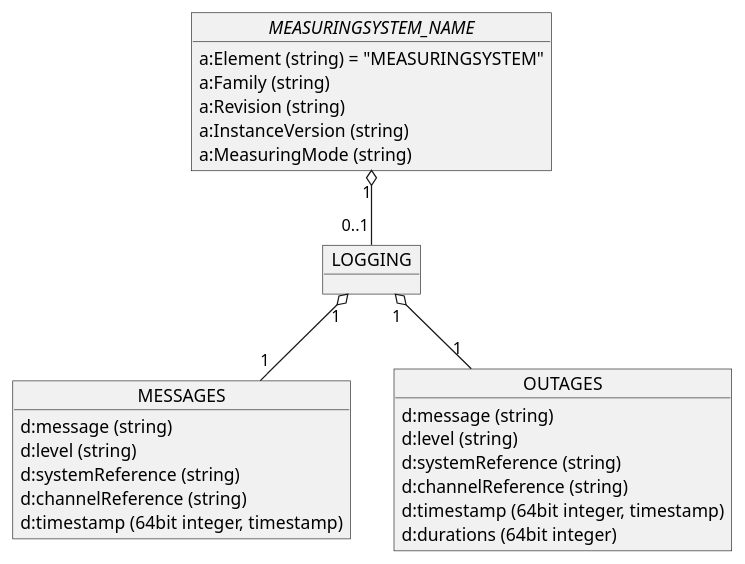
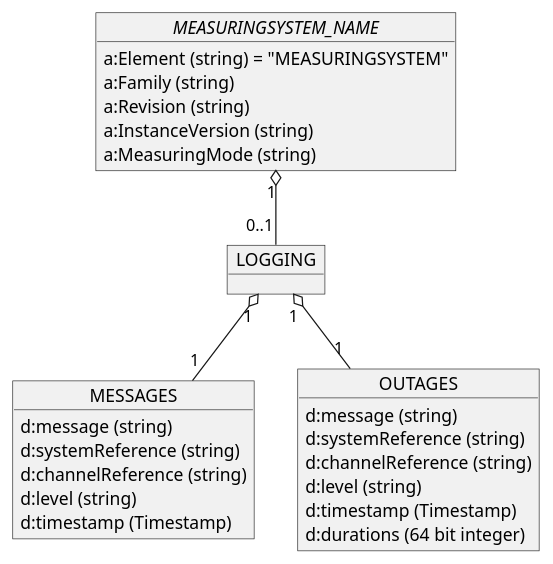
Before and after one commit to OpenRailAssociation/rcm-dx: the eighth of 9 diagrams in images/RCM-DX_images.puml, drawn with PlantUML. The commit also changed other lines of this file and 1 other file, not shown here.

```diff
--- a/images/RCM-DX_images.puml
+++ b/images/RCM-DX_images.puml
@@ -385,35 +431,35 @@
 @startuml RCM_DX_Logging_overview
 
   object "//MEASURINGSYSTEM_NAME//" as measuringsystem_name {
     a:Element (string) = "MEASURINGSYSTEM"
     a:Family (string)
     a:Revision (string)
     a:InstanceVersion (string)
     a:MeasuringMode (string)
   }
 
   object LOGGING
 
   object MESSAGES {
     d:message (string)
-    d:level (string)
     d:systemReference (string)
     d:channelReference (string)
-    d:timestamp (64bit integer, timestamp)
+    d:level (string)
+    d:timestamp (Timestamp)
   }
 
   object OUTAGES {
     d:message (string)
-    d:level (string)
     d:systemReference (string)
     d:channelReference (string)
-    d:timestamp (64bit integer, timestamp)
-    d:durations (64bit integer)
+    d:level (string)
+    d:timestamp (Timestamp)
+    d:durations (64 bit integer)
   }
 
   measuringsystem_name "1" o-- "0..1" LOGGING
 
   LOGGING "1" o-- "1" MESSAGES
   LOGGING "1" o-- "1" OUTAGES
 
 @enduml
```
